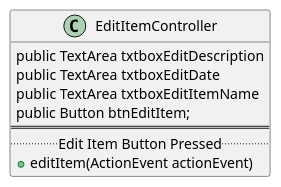
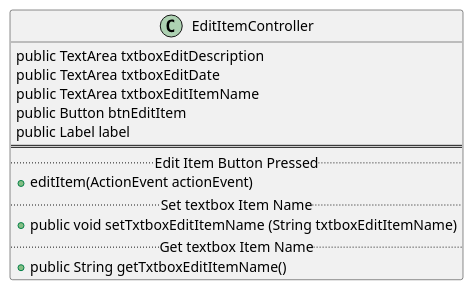
The diagram in uml/EditItemController.puml (mate-gam/Gamero-cop3330-assignment4part2), drawn with PlantUML before and after one commit. The commit also changed 4 other files, not shown here.

```diff
--- a/uml/EditItemController.puml
+++ b/uml/EditItemController.puml
@@ -1,12 +1,17 @@
 @startuml
 class EditItemController{
-    public TextArea txtboxEditDescription
+public TextArea txtboxEditDescription
     public TextArea txtboxEditDate
     public TextArea txtboxEditItemName
-    public Button btnEditItem;
+    public Button btnEditItem
+    public Label label
 ==
 .. Edit Item Button Pressed ..
 + editItem(ActionEvent actionEvent)
+..Set textbox Item Name ..
++ public void setTxtboxEditItemName (String txtboxEditItemName)
+.. Get textbox Item Name ..
++ public String getTxtboxEditItemName()
 }
 
 @enduml
```
